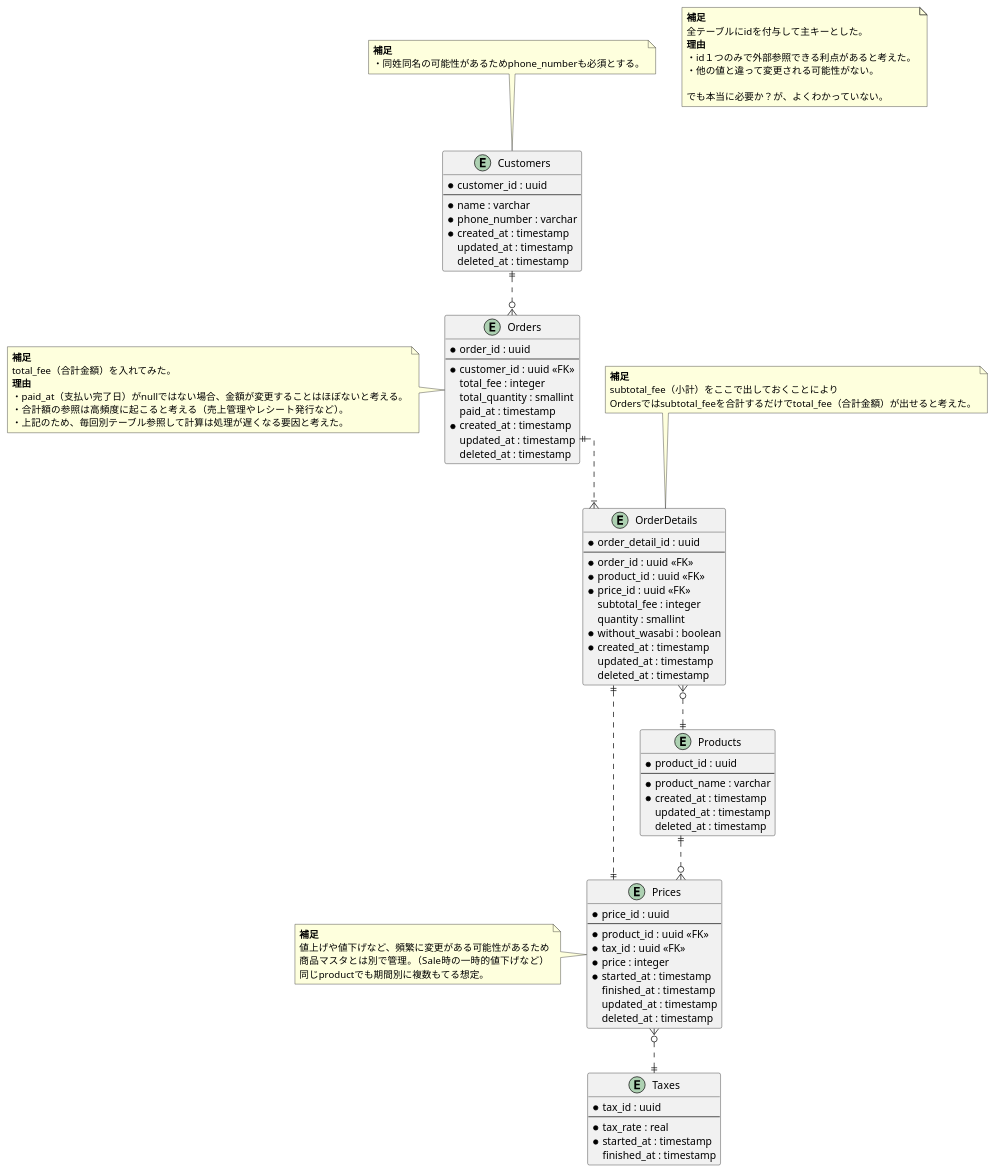
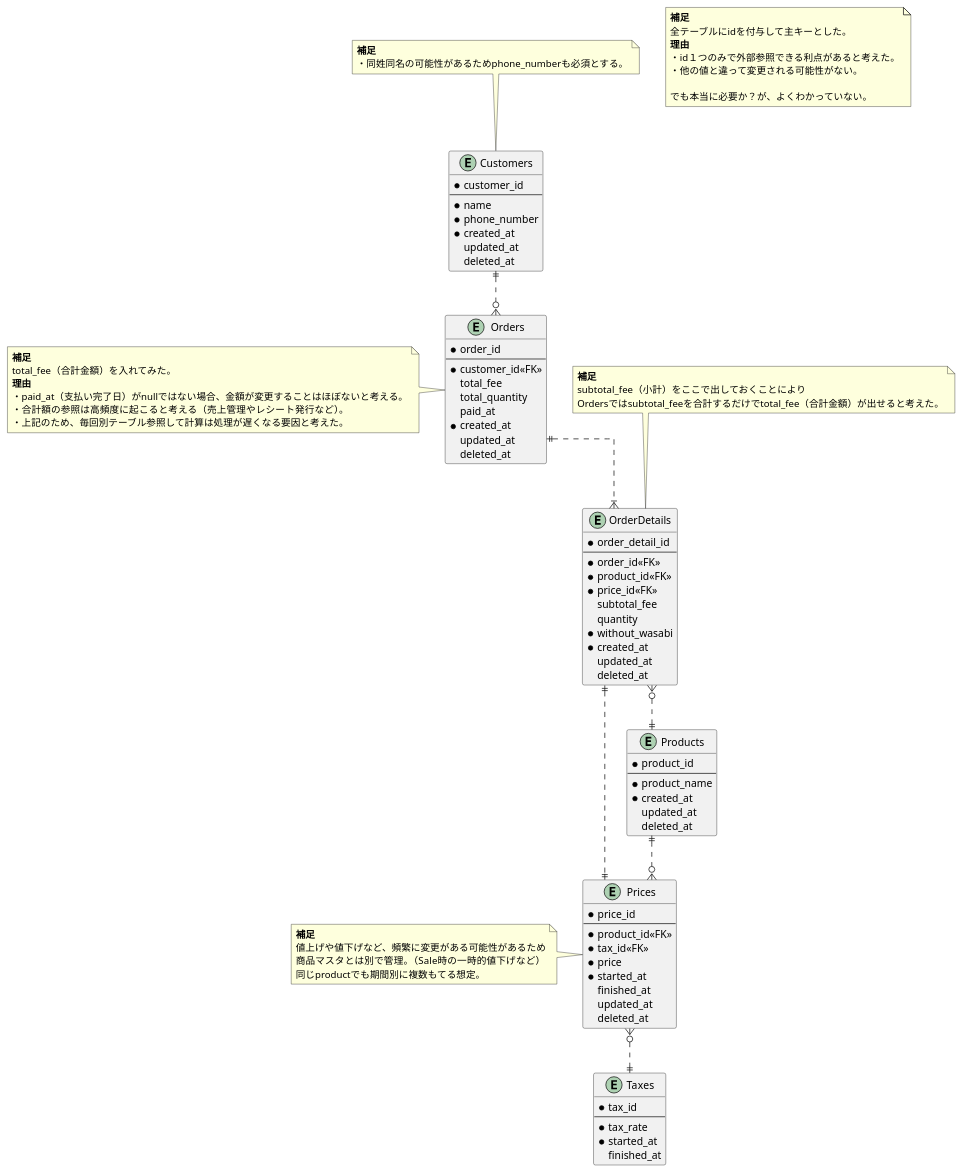
The diagram in 01_データベース設計/01_DBモデリング1/01_課題1/sushi_ordering_schema_01.puml (moritanuki/praha_challenge), drawn with PlantUML before and after one commit. The commit also changed 2 other files, not shown here.

```diff
--- a/01_データベース設計/01_DBモデリング1/01_課題1/sushi_ordering_schema_01.puml
+++ b/01_データベース設計/01_DBモデリング1/01_課題1/sushi_ordering_schema_01.puml
@@ -1,122 +1,122 @@
 @startuml sushi_ordering_schema_01
 
 skinparam {
   ' カーディナリティ斜め対策
    linetype ortho
 }
 
 ' 顧客マスタ
 entity "Customers" as Customers {
-  * customer_id : uuid
+  * customer_id
   --
-  * name : varchar
-  * phone_number : varchar
-  * created_at : timestamp
-    updated_at : timestamp
-    deleted_at : timestamp
+  * name
+  * phone_number
+  * created_at
+    updated_at
+    deleted_at
 }
 
 note top of Customers
   <b>補足</b>
   ・同姓同名の可能性があるためphone_numberも必須とする。
 end note
 
 ' 商品マスタ
 entity "Products" as Products {
-  * product_id : uuid
+  * product_id
   --
-  * product_name : varchar
-  * created_at : timestamp
-    updated_at : timestamp
-    deleted_at : timestamp
+  * product_name
+  * created_at
+    updated_at
+    deleted_at
 }
 
 ' 商品金額テーブル
 entity "Prices" as Prices {
-  * price_id : uuid
+  * price_id
   --
-  * product_id : uuid <<FK>>
-  * tax_id : uuid <<FK>>
-  * price : integer
-  * started_at : timestamp
-    finished_at : timestamp
-    updated_at : timestamp
-    deleted_at : timestamp
+  * product_id<<FK>>
+  * tax_id<<FK>>
+  * price
+  * started_at
+    finished_at
+    updated_at
+    deleted_at
 }
 
 note left of Prices
   <b>補足</b>
   値上げや値下げなど、頻繁に変更がある可能性があるため
   商品マスタとは別で管理。（Sale時の一時的値下げなど）
   同じproductでも期間別に複数もてる想定。
 end note
 
 ' 消費税マスタ
 entity "Taxes" as Taxes {
-  * tax_id : uuid
+  * tax_id
   --
-  * tax_rate : real
-  * started_at : timestamp
-    finished_at : timestamp
+  * tax_rate
+  * started_at
+    finished_at
 }
 
 ' 注文テーブル
 entity "Orders" as Orders {
-  * order_id : uuid
+  * order_id
   --
-  * customer_id : uuid <<FK>>
-    total_fee : integer
-    total_quantity : smallint
-    paid_at : timestamp
-  * created_at : timestamp
-    updated_at : timestamp
-    deleted_at : timestamp
+  * customer_id<<FK>>
+    total_fee
+    total_quantity
+    paid_at
+  * created_at
+    updated_at
+    deleted_at
 }
 
 note left of Orders
   <b>補足</b>
   total_fee（合計金額）を入れてみた。
   <b>理由</b>
   ・paid_at（支払い完了日）がnullではない場合、金額が変更することはほぼないと考える。
   ・合計額の参照は高頻度に起こると考える（売上管理やレシート発行など）。
   ・上記のため、毎回別テーブル参照して計算は処理が遅くなる要因と考えた。
 end note
 
 entity "OrderDetails" as OrderDetails {
-  * order_detail_id : uuid
+  * order_detail_id
   --
-  * order_id : uuid <<FK>>
-  * product_id : uuid <<FK>>
-  * price_id : uuid <<FK>>
-    subtotal_fee : integer
-    quantity : smallint
-  * without_wasabi : boolean
-  * created_at : timestamp
-    updated_at : timestamp
-    deleted_at : timestamp
+  * order_id<<FK>>
+  * product_id<<FK>>
+  * price_id<<FK>>
+    subtotal_fee
+    quantity
+  * without_wasabi
+  * created_at
+    updated_at
+    deleted_at
 }
 
 note top of OrderDetails
   <b>補足</b>
   subtotal_fee（小計）をここで出しておくことにより
   Ordersではsubtotal_feeを合計するだけでtotal_fee（合計金額）が出せると考えた。
 end note
 
 Customers ||..o{ Orders
 Orders ||..|{ OrderDetails
 OrderDetails }o..|| Products
 OrderDetails ||..|| Prices
 Products ||..o{ Prices
 Prices }o..|| Taxes
 
 note as note1
   <b>補足</b>
   全テーブルにidを付与して主キーとした。
   <b>理由</b>
   ・id１つのみで外部参照できる利点があると考えた。
   ・他の値と違って変更される可能性がない。
 
   でも本当に必要か？が、よくわかっていない。
 end note
 
 @enduml
```
